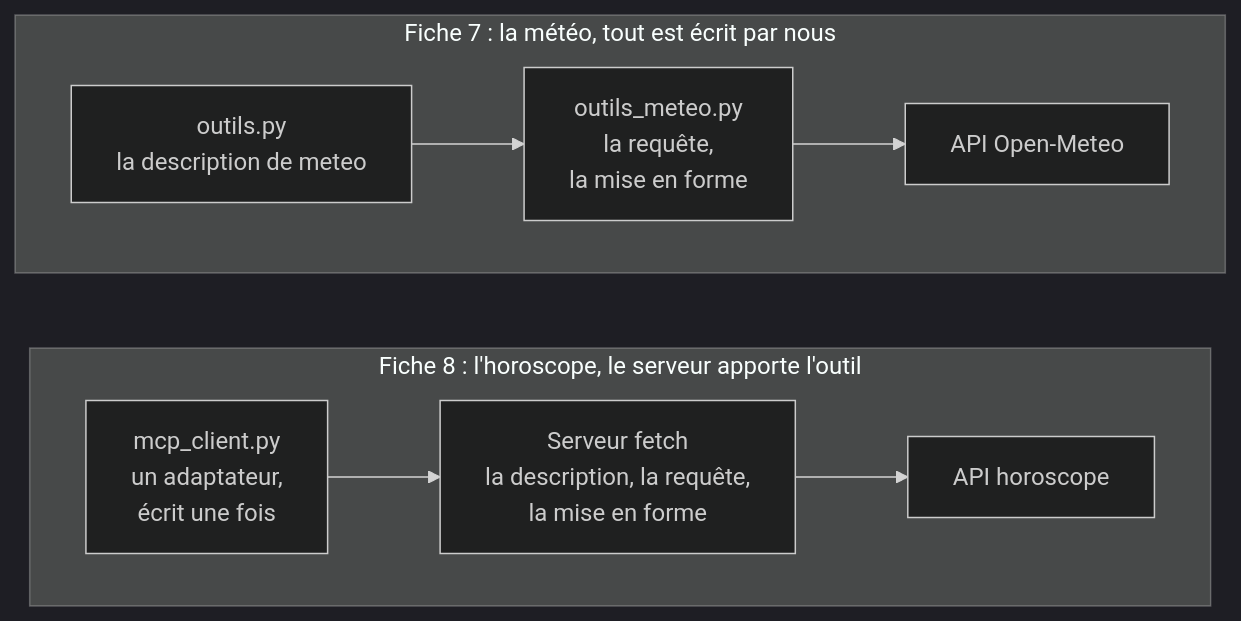
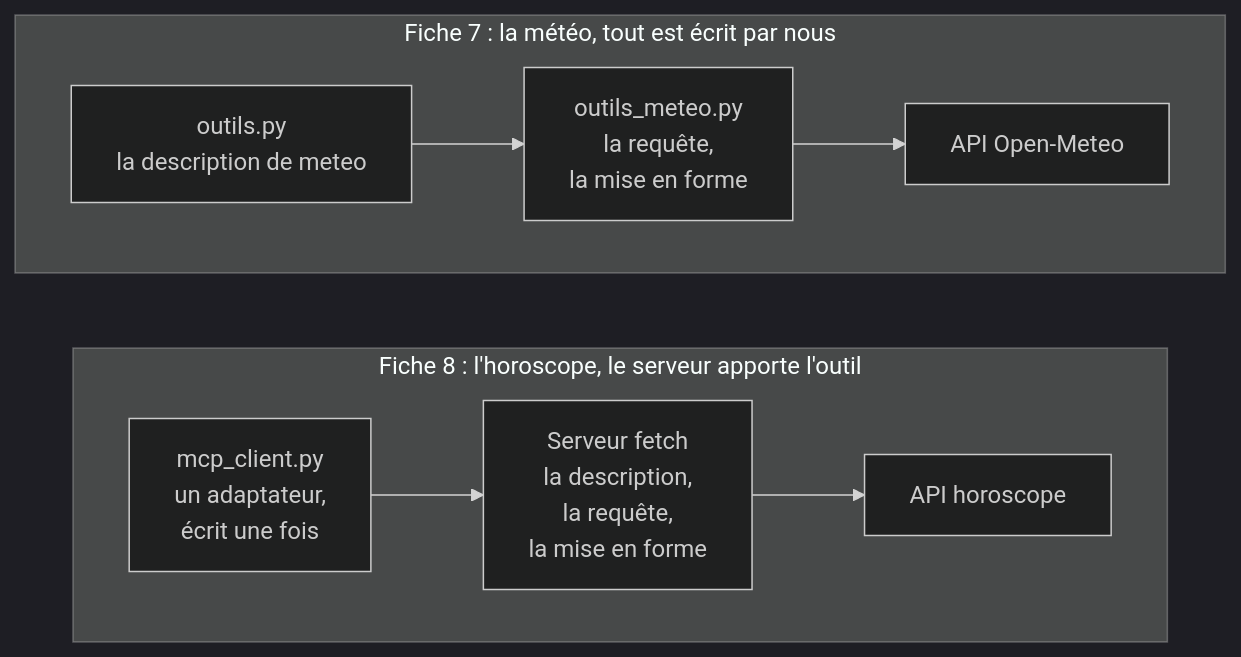
Before and after one commit to lecinquiemejour-code/goodvibe-tuto: diagram 25 of 42 in tuto-goodvibe-vibecoding.md, drawn with Mermaid (dark theme). The commit also changed other lines of this file and 1 other file, not shown here.

First line of the commit message:
fix(tuto, readme): lignes des boîtes redécoupées dans tous les diagrammes, pour ne plus être coupées sur GitHub

````diff
--- a/tuto-goodvibe-vibecoding.md
+++ b/tuto-goodvibe-vibecoding.md
@@ -1231,12 +1231,12 @@
 ```mermaid
 flowchart TB
     subgraph F7["Fiche 7 : la météo, tout est écrit par nous"]
         direction LR
         D1["outils.py<br/>la description de meteo"] --> R1["outils_meteo.py<br/>la requête,<br/>la mise en forme"] --> S1["API Open-Meteo"]
     end
     subgraph F8["Fiche 8 : l'horoscope, le serveur apporte l'outil"]
         direction LR
-        D2["mcp_client.py<br/>un adaptateur,<br/>écrit une fois"] --> R2["Serveur fetch<br/>la description, la requête,<br/>la mise en forme"] --> S2["API horoscope"]
+        D2["mcp_client.py<br/>un adaptateur,<br/>écrit une fois"] --> R2["Serveur fetch<br/>la description,<br/>la requête,<br/>la mise en forme"] --> S2["API horoscope"]
     end
     F7 ~~~ F8
 ```
````
